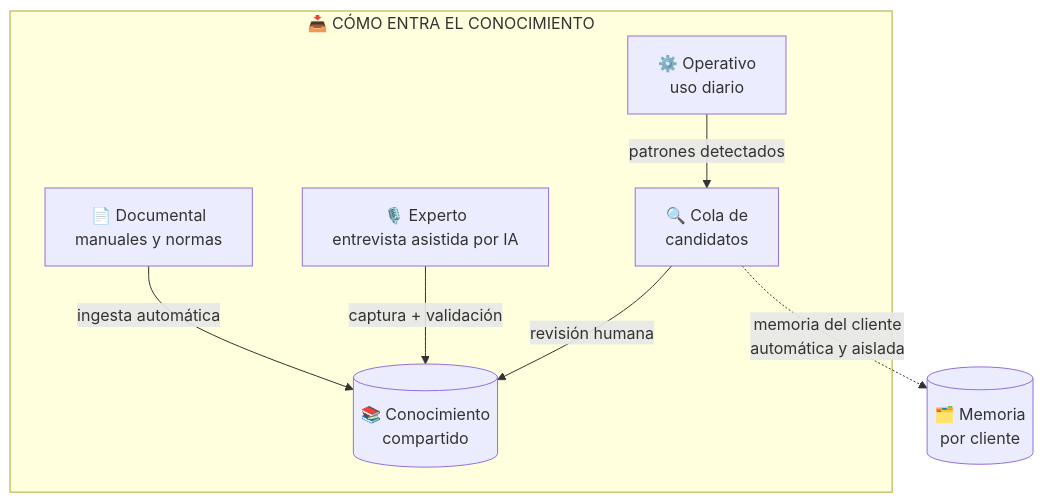
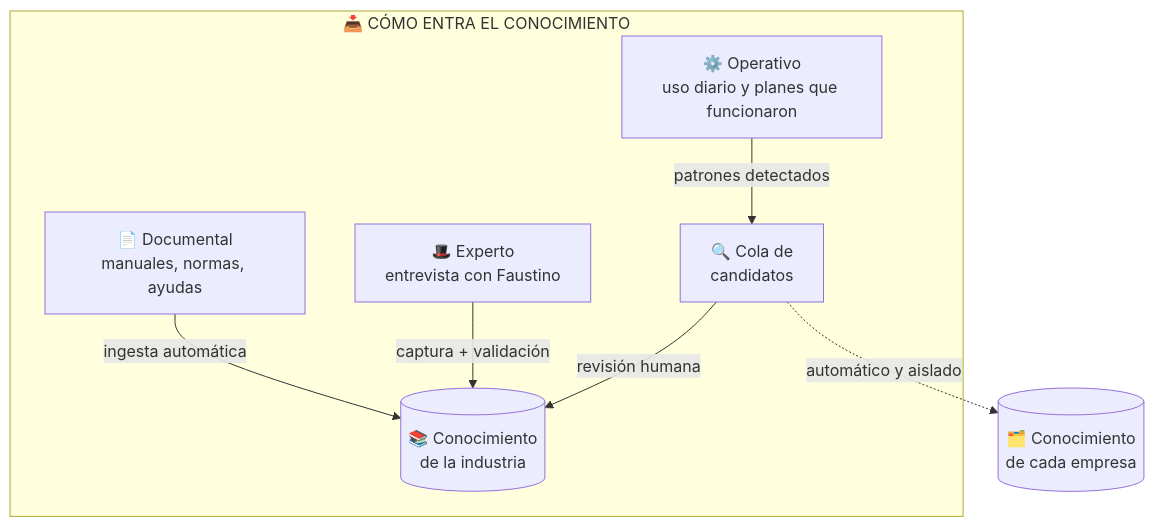
One commit to Trazalog/traz-tools changed the second of 4 diagrams in doc/v3/AGENTES_TRAZALOG_ARQUITECTURA_FUNCIONAL.md. Above: the diagram before and after it, drawn with Mermaid. The commit also changed other lines of this file and 13 other files, not shown here.

````diff
--- a/doc/v3/AGENTES_TRAZALOG_ARQUITECTURA_FUNCIONAL.md
+++ b/doc/v3/AGENTES_TRAZALOG_ARQUITECTURA_FUNCIONAL.md
@@ -47,11 +80,11 @@
 ```mermaid
 graph TD
     subgraph CARGA["📥 CÓMO ENTRA EL CONOCIMIENTO"]
-        D[📄 Documental<br/>manuales y normas] -->|ingesta automática| KB
-        E[🎙️ Experto<br/>entrevista asistida por IA] -->|captura + validación| KB
-        O[⚙️ Operativo<br/>uso diario] -->|patrones detectados| Q
+        D[📄 Documental<br/>manuales, normas, ayudas] -->|ingesta automática| KB
+        E[🎩 Experto<br/>entrevista con Faustino] -->|captura + validación| KB
+        O[⚙️ Operativo<br/>uso diario y planes que funcionaron] -->|patrones detectados| Q
     end
-    KB[(📚 Conocimiento<br/>compartido)]
+    KB[(📚 Conocimiento<br/>de la industria)]
     Q[🔍 Cola de<br/>candidatos] -->|revisión humana| KB
-    Q -.->|memoria del cliente<br/>automática y aislada| M[(🗂️ Memoria<br/>por cliente)]
+    Q -.->|automático y aislado| M[(🗂️ Conocimiento<br/>de cada empresa)]
 ```
````
